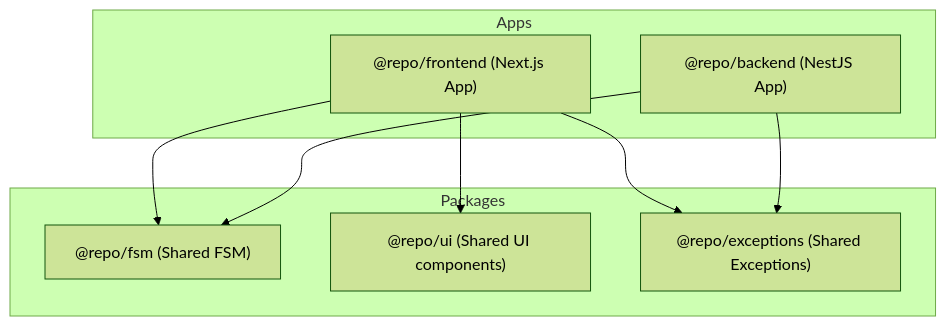
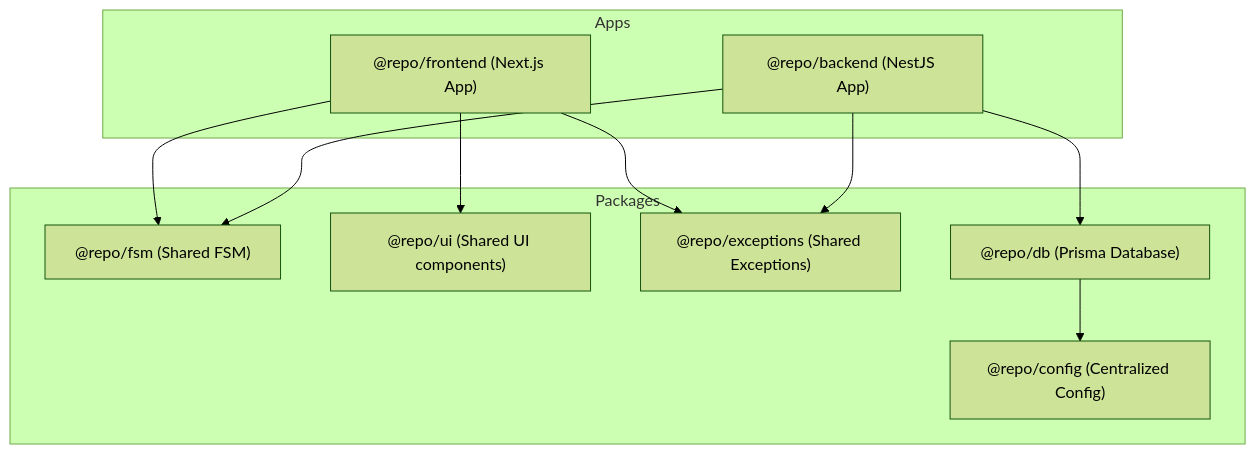
Before and after one commit to benmaxlevy/EngageLoop: the first of 3 diagrams in README.md, drawn with Mermaid (forest theme). The commit also changed other lines of this file and 8 other files, not shown here.

````diff
--- a/README.md
+++ b/README.md
@@ -26,19 +25,23 @@
 ```mermaid
 graph TD
     subgraph Packages
         FSM["@repo/fsm (Shared FSM)"]
         UI["@repo/ui (Shared UI components)"]
         EXC["@repo/exceptions (Shared Exceptions)"]
+        CFG["@repo/config (Centralized Config)"]
+        DB["@repo/db (Prisma Database)"]
     end
 
     subgraph Apps
         FE["@repo/frontend (Next.js App)"]
         BE["@repo/backend (NestJS App)"]
     end
 
     FE --> FSM
     FE --> UI
     FE --> EXC
     BE --> FSM
     BE --> EXC
+    BE --> DB
+    DB --> CFG
 ```
````
